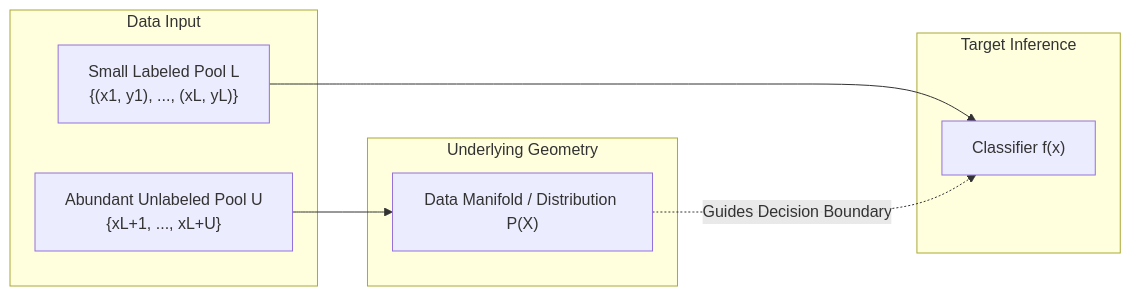
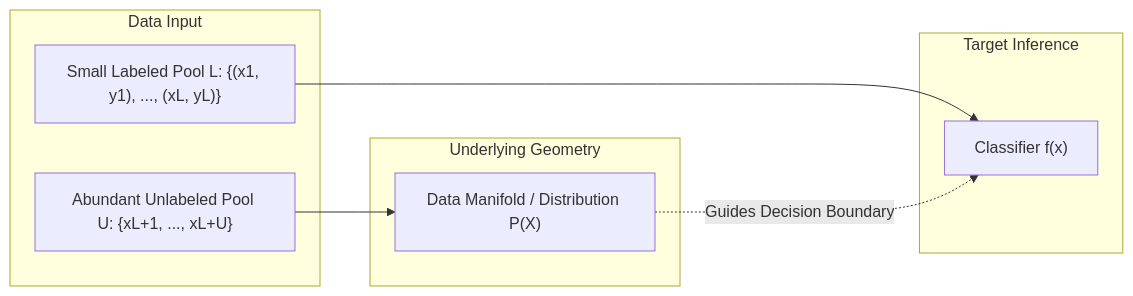
The second of 14 diagrams in notes/machine_learning/ssl_rl_and_intro_to_deep_learning.md (DeepLumiere/DeepSkills), drawn with Mermaid before and after one commit. The commit also changed other lines of this file and 56 other files, not shown here.

````diff
--- a/notes/machine_learning/ssl_rl_and_intro_to_deep_learning.md
+++ b/notes/machine_learning/ssl_rl_and_intro_to_deep_learning.md
@@ -97,19 +97,19 @@
 ```mermaid
 graph LR
-    subgraph Data Input
-        L["Small Labeled Pool L<br/>{(x1, y1), ..., (xL, yL)}"]
-        U["Abundant Unlabeled Pool U<br/>{xL+1, ..., xL+U}"]
+    subgraph Data_Input ["Data Input"]
+        L["Small Labeled Pool L: {(x1, y1), ..., (xL, yL)}"]
+        U["Abundant Unlabeled Pool U: {xL+1, ..., xL+U}"]
     end
 
-    subgraph Underlying Geometry
+    subgraph Underlying_Geometry ["Underlying Geometry"]
         M["Data Manifold / Distribution P(X)"]
     end
 
-    subgraph Target Inference
+    subgraph Target_Inference ["Target Inference"]
         C["Classifier f(x)"]
     end
 
     L --> C
     U --> M
     M -. Guides Decision Boundary .-> C
 ```
````
